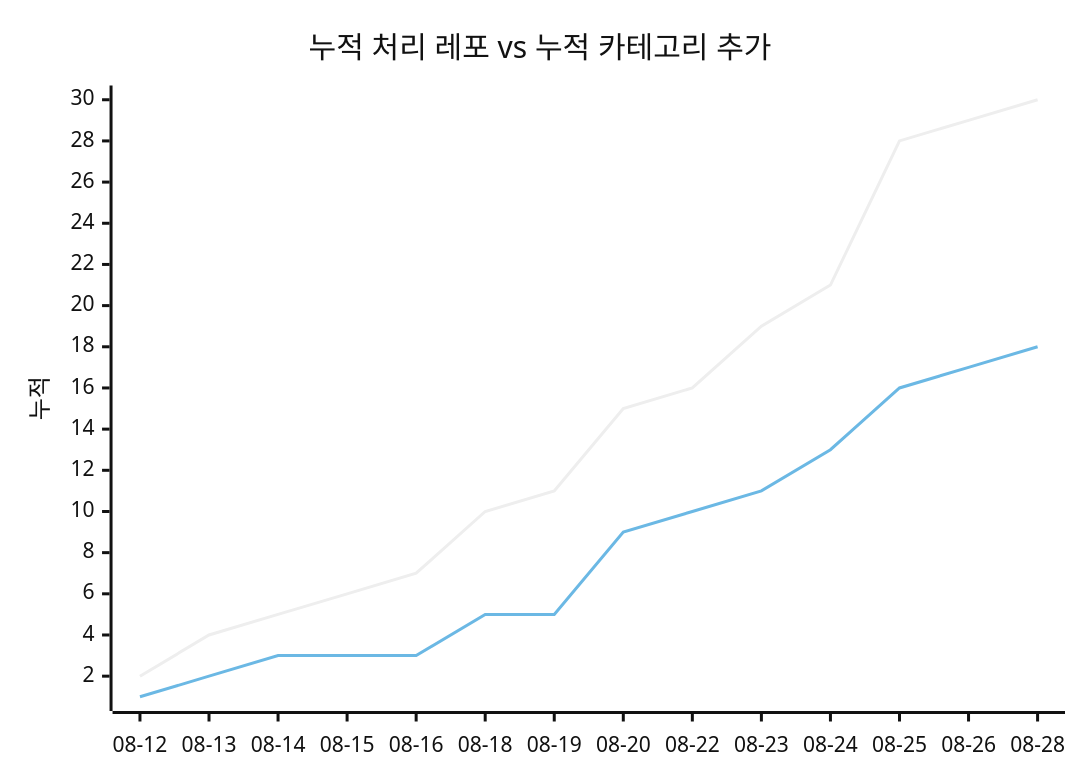
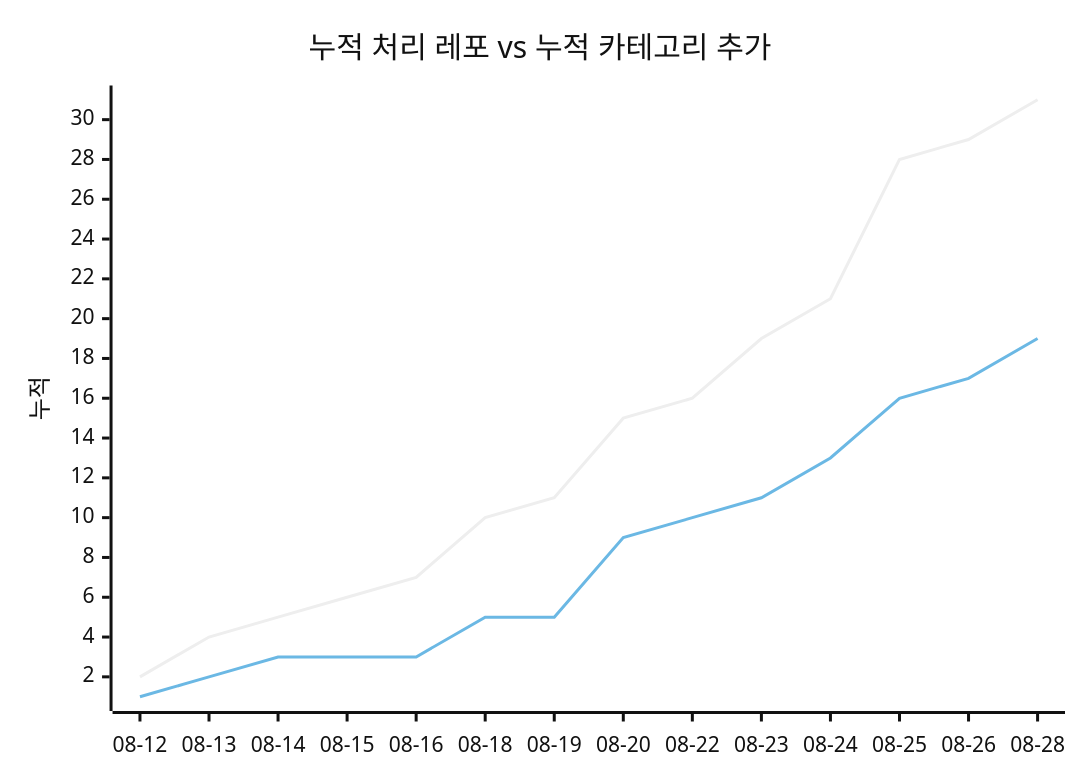
The second of 2 diagrams in docs/trends.md (J-nowcow/awesome-korean-agent-skills), drawn with Mermaid (neutral theme) before and after one commit. The commit also changed other lines of this file and 3 other files, not shown here.

````diff
--- a/docs/trends.md
+++ b/docs/trends.md
@@ -68,8 +68,8 @@
 ```mermaid
 xychart-beta
     title "누적 처리 레포 vs 누적 카테고리 추가"
     x-axis ["08-12","08-13","08-14","08-15","08-16","08-18","08-19","08-20","08-22","08-23","08-24","08-25","08-26","08-28"]
     y-axis "누적"
-    line [2,4,5,6,7,10,11,15,16,19,21,28,29,30]
-    line [1,2,3,3,3,5,5,9,10,11,13,16,17,18]
+    line [2,4,5,6,7,10,11,15,16,19,21,28,29,31]
+    line [1,2,3,3,3,5,5,9,10,11,13,16,17,19]
 ```
````
